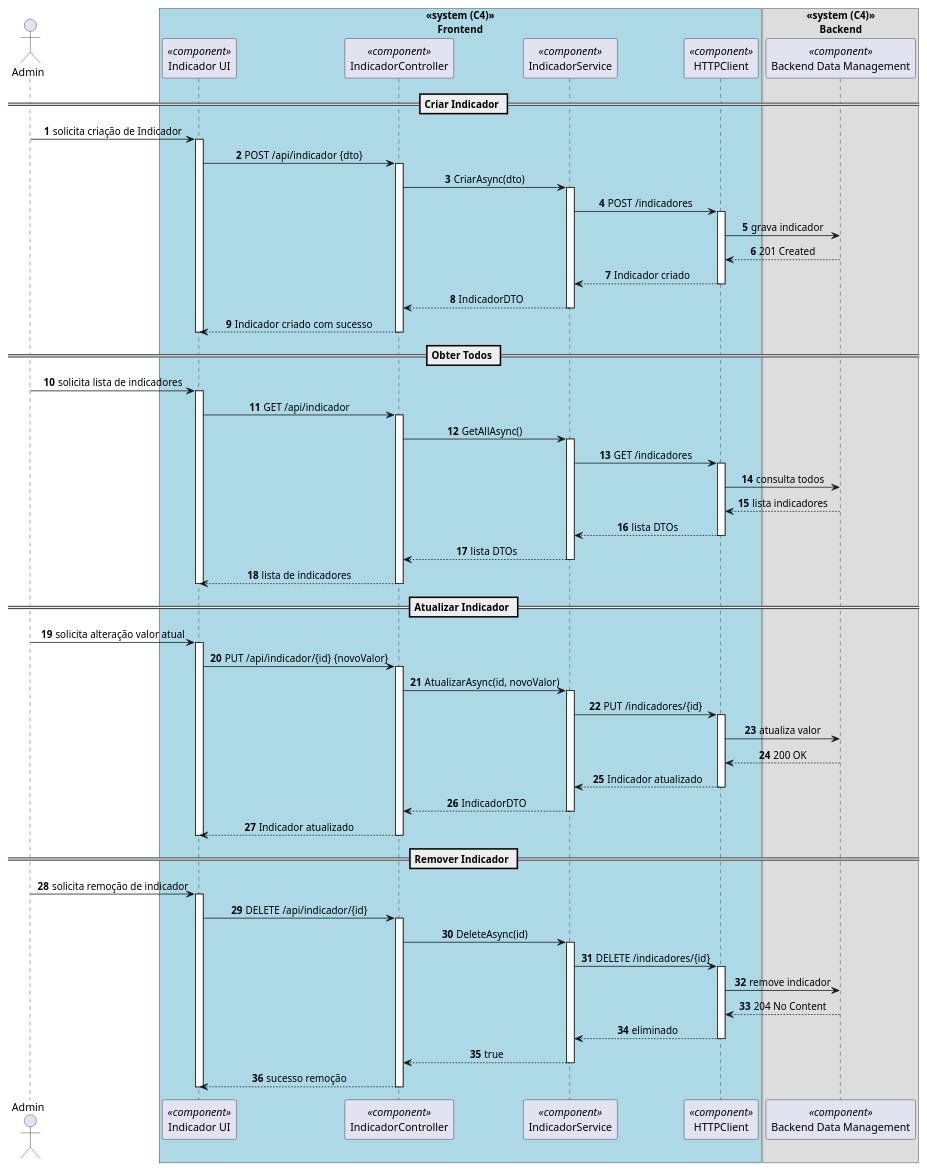
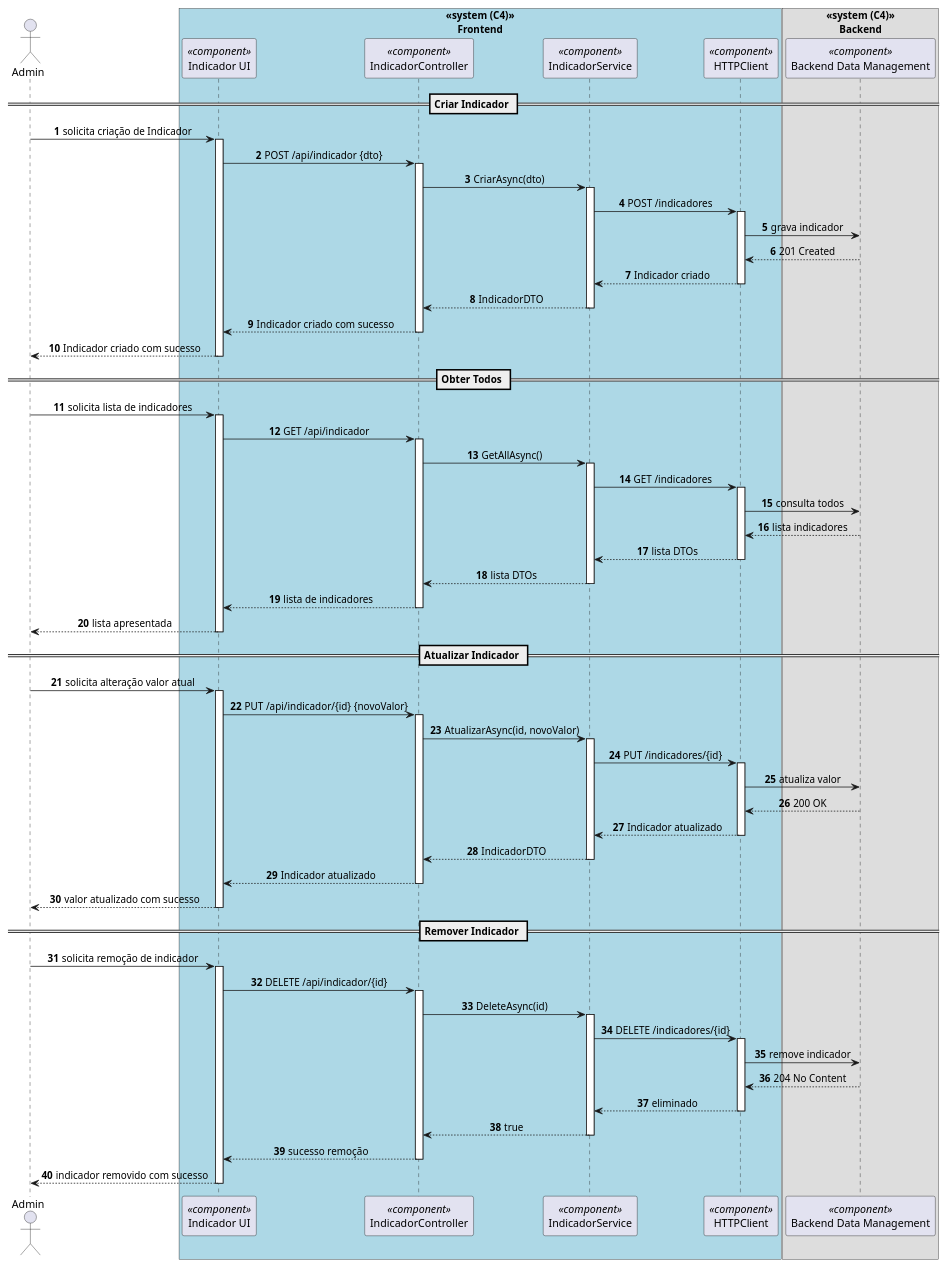
The diagram in docs/1221252/indicador.puml (pedrolopes1710/PESTI_LLM), drawn with PlantUML before and after one commit.

Commit message:
Pequena correção no diagrama de sequência anterior.

```diff
--- a/docs/1221252/indicador.puml
+++ b/docs/1221252/indicador.puml
@@ -1,97 +1,101 @@
 @startuml process-view
 autonumber
 skinparam DefaultTextAlignment center
 actor Admin as "Admin"
 
 box "<<system (C4)>>\nFrontend" #LightBlue
     participant UI as "Indicador UI" <<component>>
     participant Controller as "IndicadorController" <<component>>
     participant Service as "IndicadorService" <<component>>
     participant HTTP as "HTTPClient" <<component>>
 end box
 
 box "<<system (C4)>>\nBackend"
     participant DB as "Backend Data Management" <<component>>
 end box
 
 == Criar Indicador ==
 Admin -> UI : solicita criação de Indicador
 activate UI
 UI -> Controller : POST /api/indicador {dto}
 activate Controller
 Controller -> Service : CriarAsync(dto)
 activate Service
 Service -> HTTP : POST /indicadores
 activate HTTP
 HTTP -> DB : grava indicador
 DB --> HTTP : 201 Created
 deactivate DB
 HTTP --> Service : Indicador criado
 deactivate HTTP
 Service --> Controller : IndicadorDTO
 deactivate Service
 Controller --> UI : Indicador criado com sucesso
 deactivate Controller
+UI --> Admin : Indicador criado com sucesso
 deactivate UI
 
 == Obter Todos ==
 Admin -> UI : solicita lista de indicadores
 activate UI
 UI -> Controller : GET /api/indicador
 activate Controller
 Controller -> Service : GetAllAsync()
 activate Service
 Service -> HTTP : GET /indicadores
 activate HTTP
 HTTP -> DB : consulta todos
 DB --> HTTP : lista indicadores
 deactivate DB
 HTTP --> Service : lista DTOs
 deactivate HTTP
 Service --> Controller : lista DTOs
 deactivate Service
 Controller --> UI : lista de indicadores
 deactivate Controller
+UI --> Admin : lista apresentada
 deactivate UI
 
 == Atualizar Indicador ==
 Admin -> UI : solicita alteração valor atual
 activate UI
 UI -> Controller : PUT /api/indicador/{id} {novoValor}
 activate Controller
 Controller -> Service : AtualizarAsync(id, novoValor)
 activate Service
 Service -> HTTP : PUT /indicadores/{id}
 activate HTTP
 HTTP -> DB : atualiza valor
 DB --> HTTP : 200 OK
 deactivate DB
 HTTP --> Service : Indicador atualizado
 deactivate HTTP
 Service --> Controller : IndicadorDTO
 deactivate Service
 Controller --> UI : Indicador atualizado
 deactivate Controller
+UI --> Admin : valor atualizado com sucesso
 deactivate UI
 
 == Remover Indicador ==
 Admin -> UI : solicita remoção de indicador
 activate UI
 UI -> Controller : DELETE /api/indicador/{id}
 activate Controller
 Controller -> Service : DeleteAsync(id)
 activate Service
 Service -> HTTP : DELETE /indicadores/{id}
 activate HTTP
 HTTP -> DB : remove indicador
 DB --> HTTP : 204 No Content
 deactivate DB
 HTTP --> Service : eliminado
 deactivate HTTP
 Service --> Controller : true
 deactivate Service
 Controller --> UI : sucesso remoção
 deactivate Controller
+UI --> Admin : indicador removido com sucesso
 deactivate UI
 
 @enduml
```
